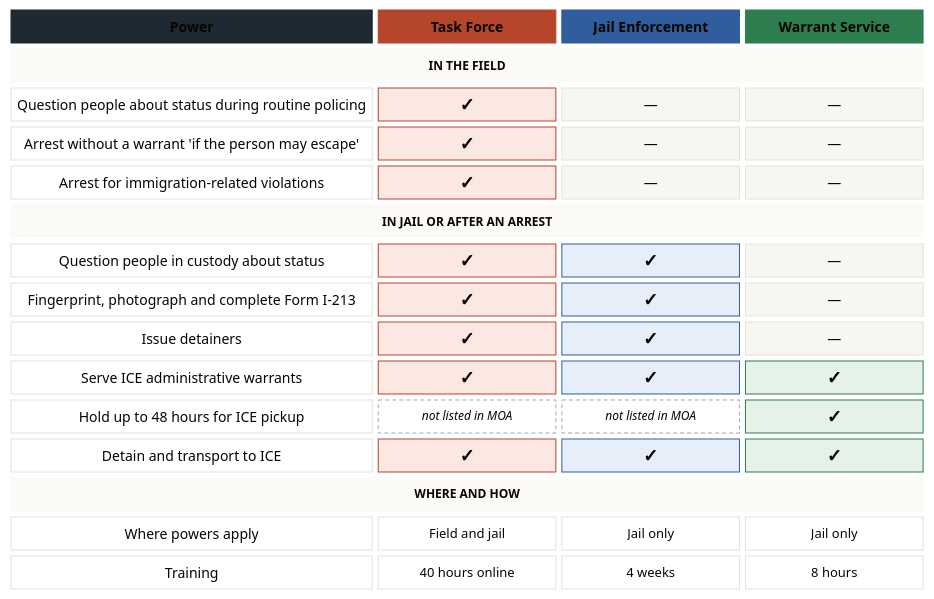
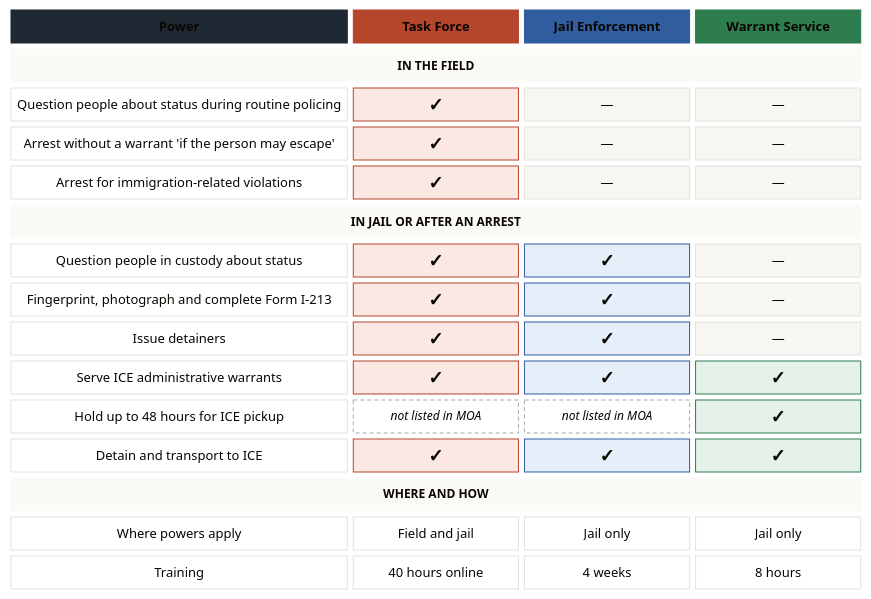
One commit to TitusThrasher/287g-Program-Report changed the diagram in resources/reporting-field-guide/Program-Overview.md. Above: the diagram before and after it, drawn with Mermaid.

Commit message:
Change font size from 14px to 13px

```diff
--- a/resources/reporting-field-guide/Program-Overview.md
+++ b/resources/reporting-field-guide/Program-Overview.md
@@ -16,7 +16,7 @@
   theme: base
   themeVariables:
     fontFamily: "Inter, system-ui, -apple-system, sans-serif"
-    fontSize: 14px
+    fontSize: 13px
     lineColor: "#FFFFFF"
   block:
     padding: 6
```
